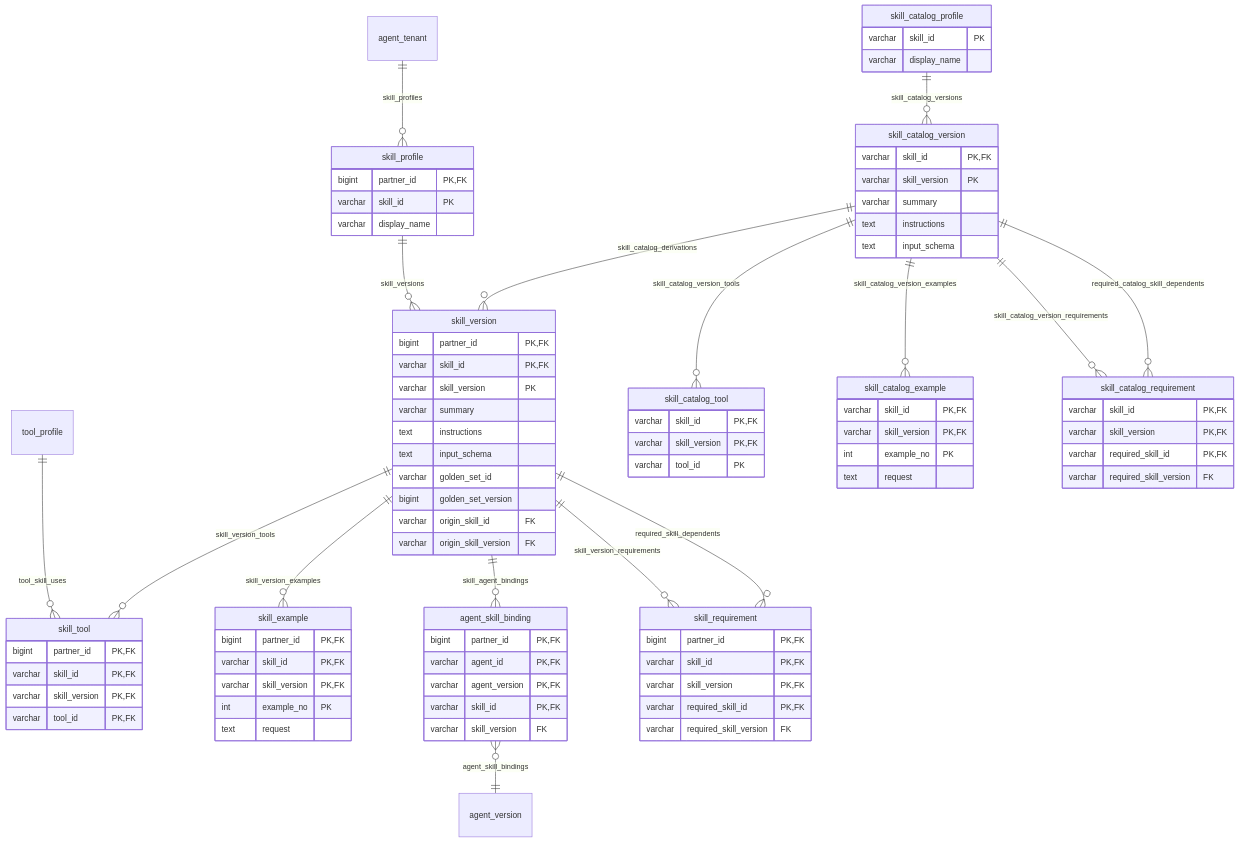
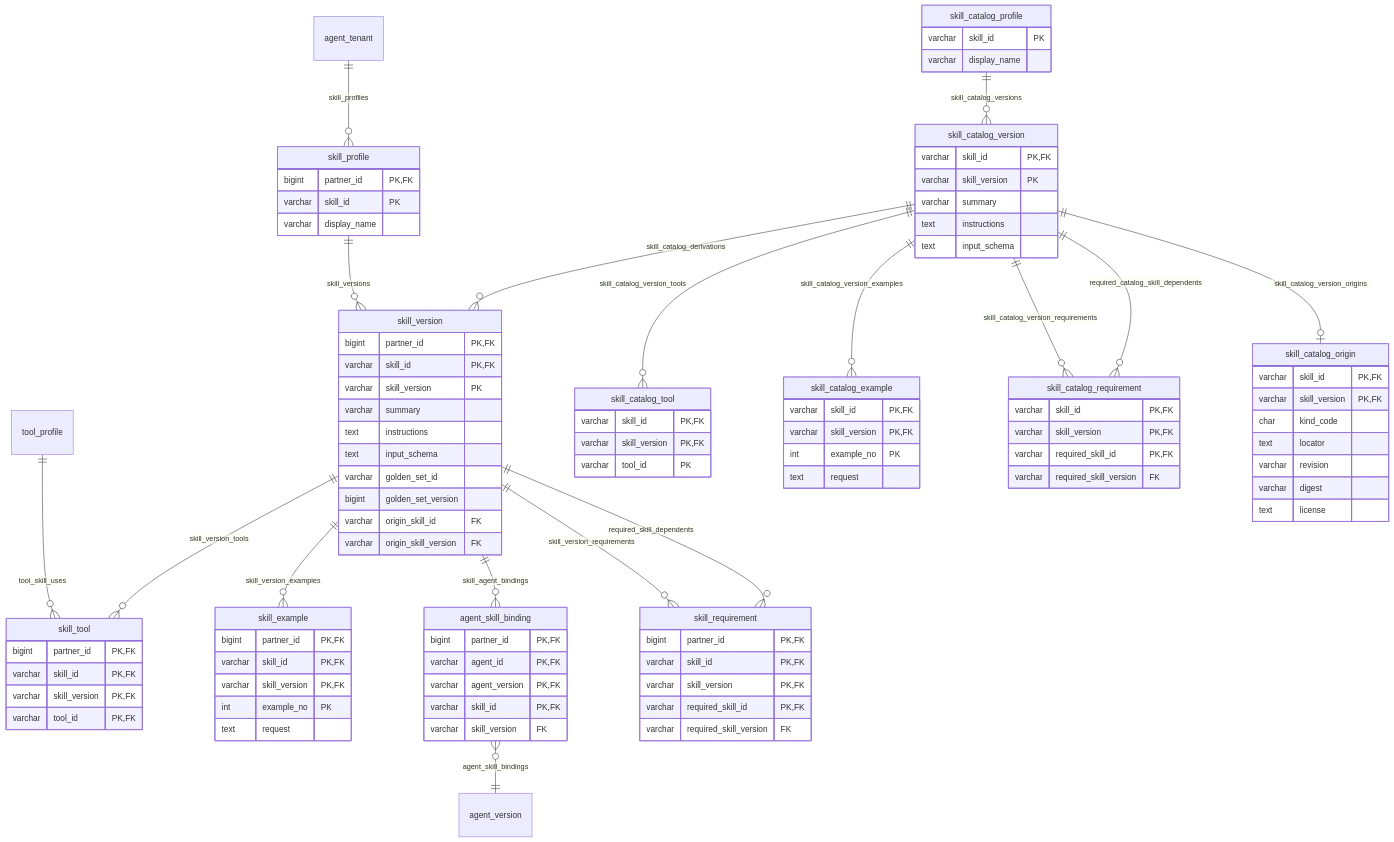
Before and after one commit to nauticana/scout: the fifth of 24 diagrams in doc/database.md, drawn with Mermaid. The commit also changed other lines of this file and 16 other files, not shown here.

Commit message:
external origin of a catalog skill version

```diff
--- a/doc/database.md
+++ b/doc/database.md
@@ -790,6 +793,7 @@
     skill_catalog_version ||--o{ skill_catalog_requirement : skill_catalog_version_requirements
     skill_catalog_version ||--o{ skill_catalog_requirement : required_catalog_skill_dependents
     skill_catalog_version ||--o{ skill_version : skill_catalog_derivations
+    skill_catalog_version ||--o| skill_catalog_origin : skill_catalog_version_origins
 
     skill_profile {
         bigint partner_id PK,FK
@@ -825,6 +829,15 @@
         varchar summary
         text instructions
         text input_schema
+    }
+    skill_catalog_origin {
+        varchar skill_id PK,FK
+        varchar skill_version PK,FK
+        char kind_code
+        text locator
+        varchar revision
+        varchar digest
+        text license
     }
     skill_catalog_tool {
         varchar skill_id PK,FK
```
